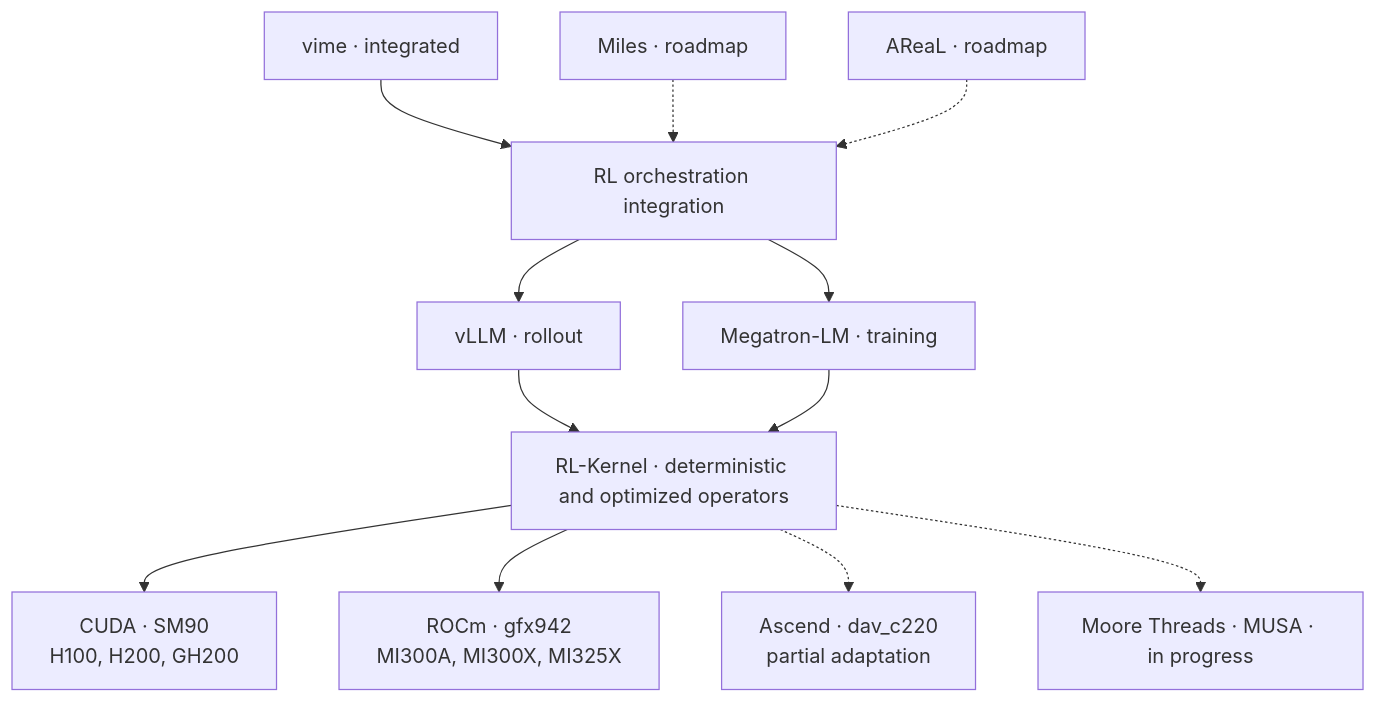
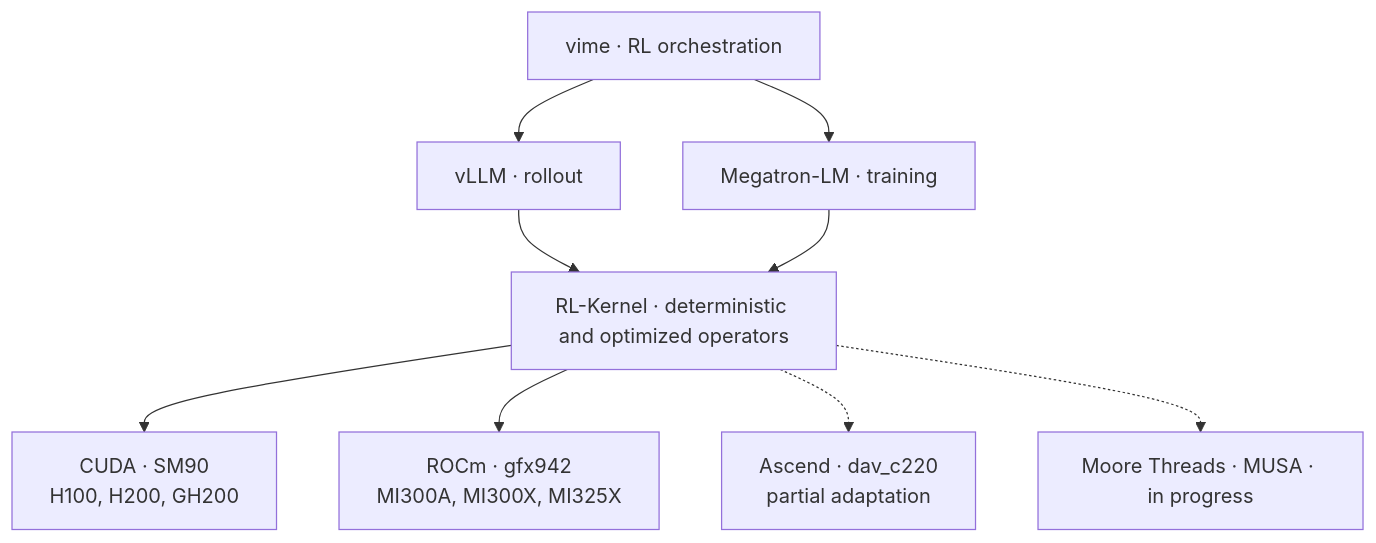
Before and after one commit to Flink-ddd/Kernel-Align: the diagram in README.md, drawn with Mermaid. The commit also changed other lines of this file, not shown here.

Commit message:
docs(readme): show only validated vime path

````diff
--- a/README.md
+++ b/README.md
@@ -74,14 +73,11 @@
 ```mermaid
 flowchart TB
-    vime["vime · integrated"] --> ORCH["RL orchestration integration"]
-    MILES["Miles · roadmap"] -.-> ORCH
-    AREAL["AReaL · roadmap"] -.-> ORCH
-    ORCH --> VLLM["vLLM · rollout"]
-    ORCH --> MEGATRON["Megatron-LM · training"]
+    vime["vime · RL orchestration"] --> VLLM["vLLM · rollout"]
+    vime --> MEGATRON["Megatron-LM · training"]
     VLLM --> RLK["RL-Kernel · deterministic and optimized operators"]
     MEGATRON --> RLK
     RLK --> CUDA["CUDA · SM90<br/>H100, H200, GH200"]
     RLK --> ROCM["ROCm · gfx942<br/>MI300A, MI300X, MI325X"]
     RLK -.-> ASCEND["Ascend · dav_c220<br/>partial adaptation"]
     RLK -.-> MUSA["Moore Threads · MUSA · in progress"]
 ```
````
